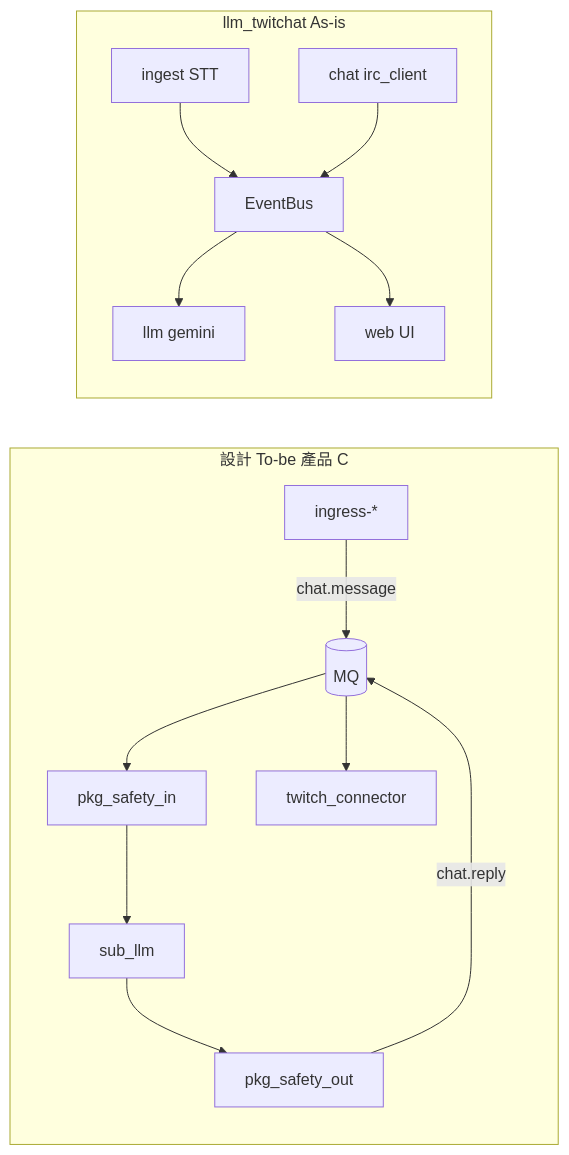
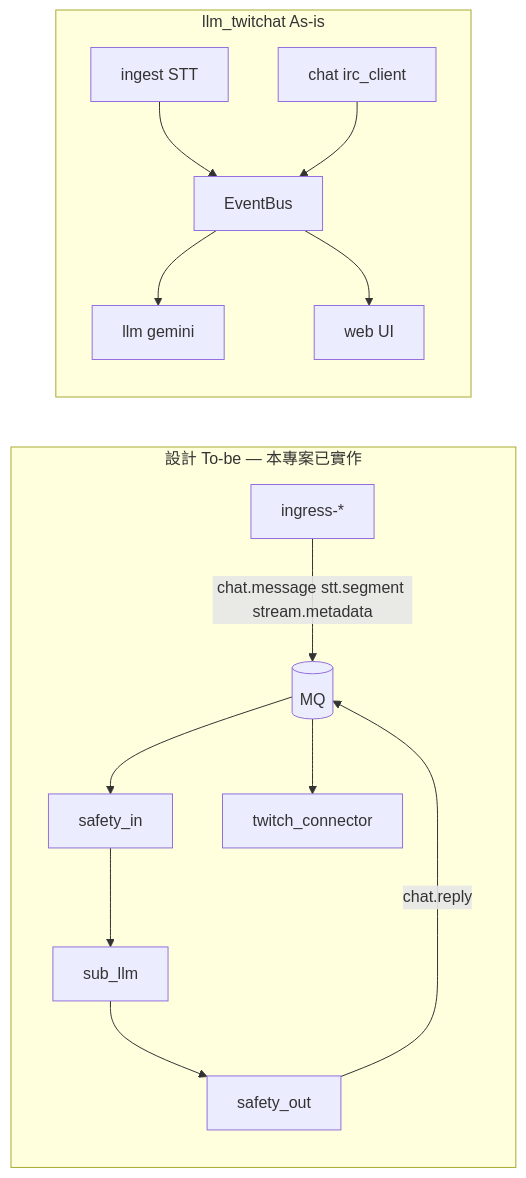
One commit to skymiku39/streamer_toolbox changed the diagram in docs/references/llm-twitchat.md. Above: the diagram before and after it, drawn with Mermaid. The commit also changed other lines of this file and 15 other files, not shown here.

````diff
--- a/docs/references/llm-twitchat.md
+++ b/docs/references/llm-twitchat.md
@@ -31,25 +35,25 @@
 ```mermaid
 flowchart LR
-    subgraph design [設計 To-be 產品 C]
+    subgraph design [設計 To-be — 本專案已實作]
         MQ[(MQ)]
         Ingress[ingress-*]
-        Pre[pkg_safety_in]
+        Pre[safety_in]
         LLM[sub_llm]
-        Post[pkg_safety_out]
+        Post[safety_out]
         Conn[twitch_connector]
-        Ingress -->|chat.message| MQ
+        Ingress -->|chat.message stt.segment stream.metadata| MQ
         MQ --> Pre --> LLM --> Post -->|chat.reply| MQ --> Conn
     end
 
     subgraph asis [llm_twitchat As-is]
         STT[ingest STT]
         IRC[chat irc_client]
         Bus[EventBus]
         Gemini[llm gemini]
         Web[web UI]
         STT --> Bus
         IRC --> Bus
         Bus --> Gemini
         Bus --> Web
     end
 ```
````
